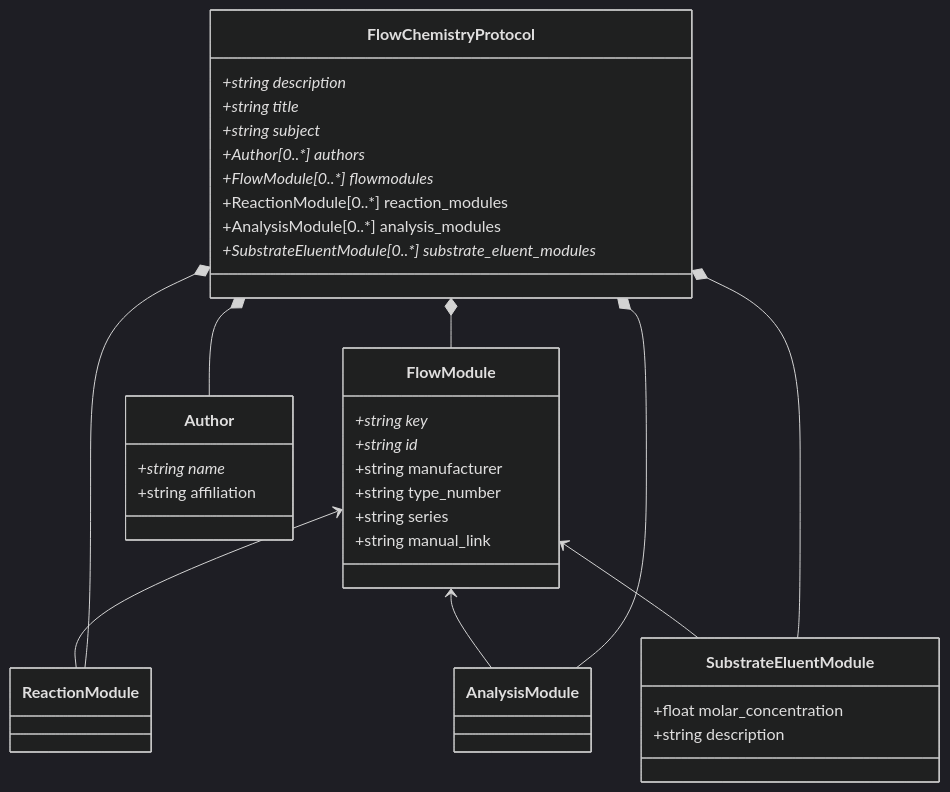
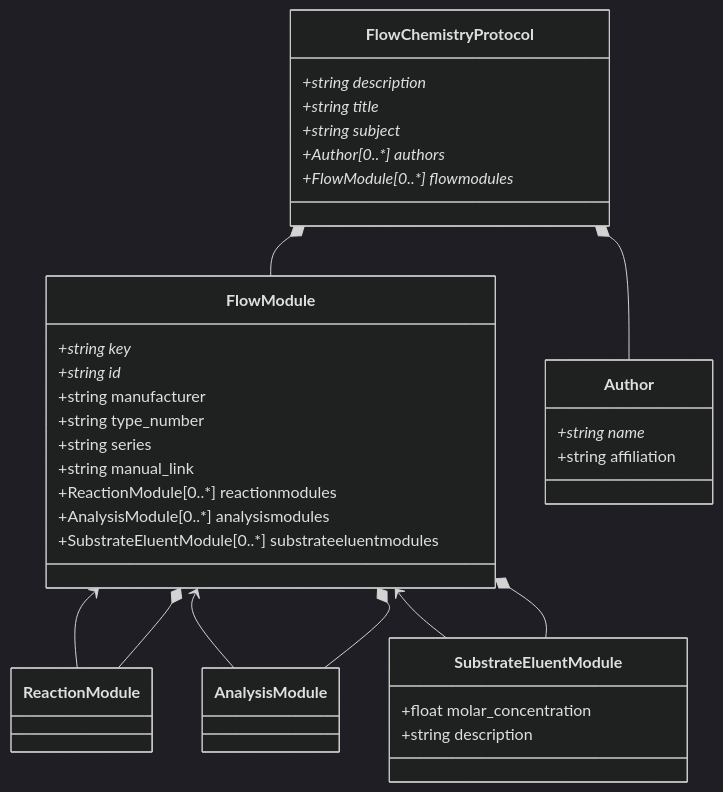
The diagram in pyDataset/schemes/Dataset.md (C-Kessler/sdrdm-flowchem-B2), drawn with Mermaid (dark theme) before and after one commit. The commit also changed 3 other files, not shown here.

````diff
--- a/pyDataset/schemes/Dataset.md
+++ b/pyDataset/schemes/Dataset.md
@@ -1,48 +1,48 @@
 ```mermaid
 classDiagram
     FlowModule <-- ReactionModule
     FlowModule <-- AnalysisModule
     FlowModule <-- SubstrateEluentModule
     FlowChemistryProtocol *-- Author
     FlowChemistryProtocol *-- FlowModule
-    FlowChemistryProtocol *-- ReactionModule
-    FlowChemistryProtocol *-- AnalysisModule
-    FlowChemistryProtocol *-- SubstrateEluentModule
+    FlowModule *-- ReactionModule
+    FlowModule *-- AnalysisModule
+    FlowModule *-- SubstrateEluentModule
     
     class FlowChemistryProtocol {
         +string description*
         +string title*
         +string subject*
         +Author[0..*] authors*
         +FlowModule[0..*] flowmodules*
-        +ReactionModule[0..*] reaction_modules
-        +AnalysisModule[0..*] analysis_modules
-        +SubstrateEluentModule[0..*] substrate_eluent_modules*
     }
     
     class Author {
         +string name*
         +string affiliation
     }
     
     class FlowModule {
         +string key*
         +string id*
         +string manufacturer
         +string type_number
         +string series
         +string manual_link
+        +ReactionModule[0..*] reactionmodules
+        +AnalysisModule[0..*] analysismodules
+        +SubstrateEluentModule[0..*] substrateeluentmodules
     }
     
     class ReactionModule {
     }
     
     class AnalysisModule {
     }
     
     class SubstrateEluentModule {
         +float molar_concentration
         +string description
     }
     
 ```
````
